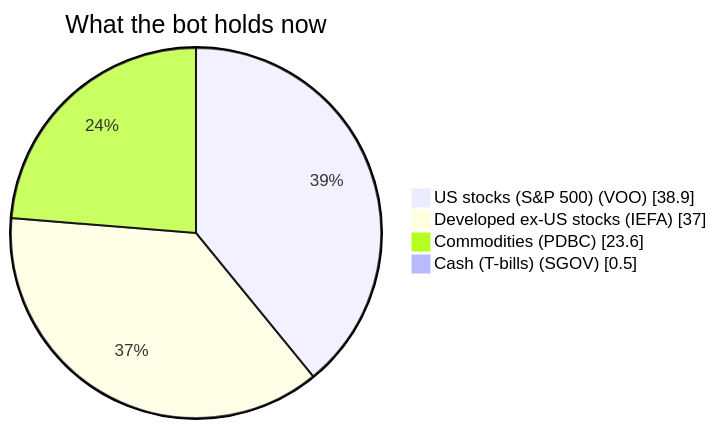
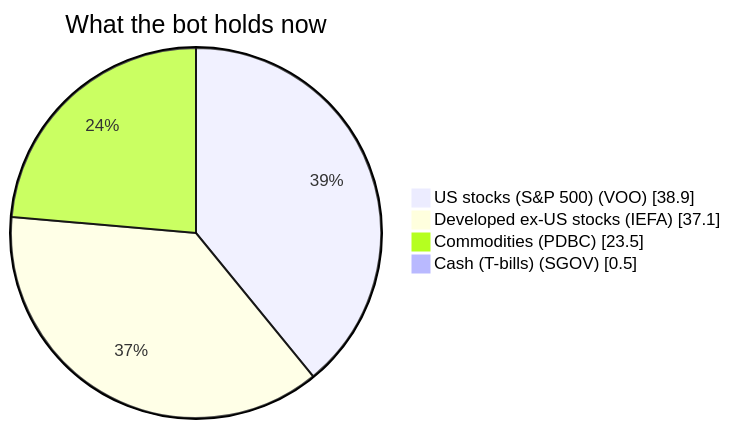
One commit to owlpowell50-creator/trading-bot changed the first of 2 diagrams in 00 - Bot Dashboard.md. Above: the diagram before and after it, drawn with Mermaid. The commit also changed other lines of this file and 17 other files, not shown here.

````diff
--- a/00 - Bot Dashboard.md
+++ b/00 - Bot Dashboard.md
@@ -43,7 +43,7 @@
 ```mermaid
 pie showData title What the bot holds now
     "US stocks (S&P 500) (VOO)" : 38.9
-    "Developed ex-US stocks (IEFA)" : 37.0
-    "Commodities (PDBC)" : 23.6
+    "Developed ex-US stocks (IEFA)" : 37.1
+    "Commodities (PDBC)" : 23.5
     "Cash (T-bills) (SGOV)" : 0.5
 ```
````
